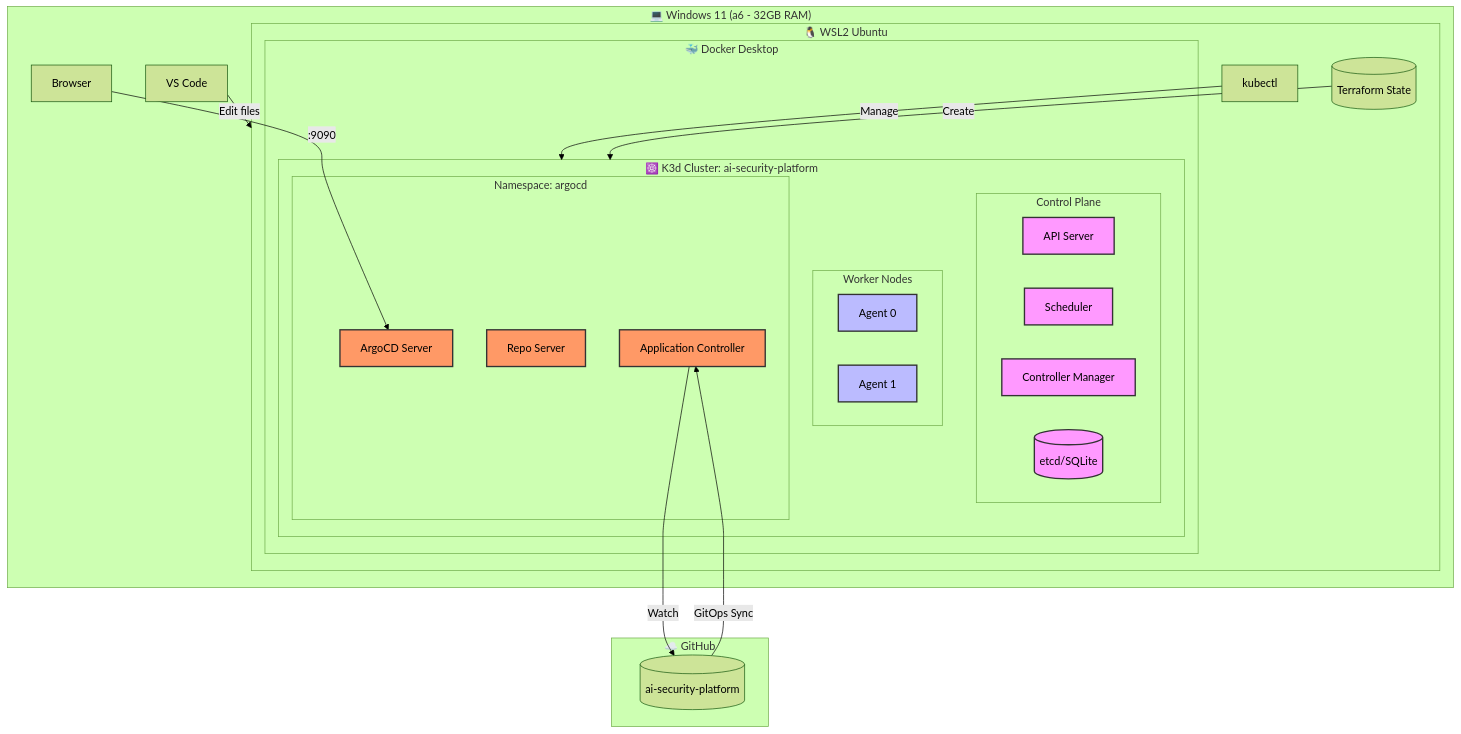
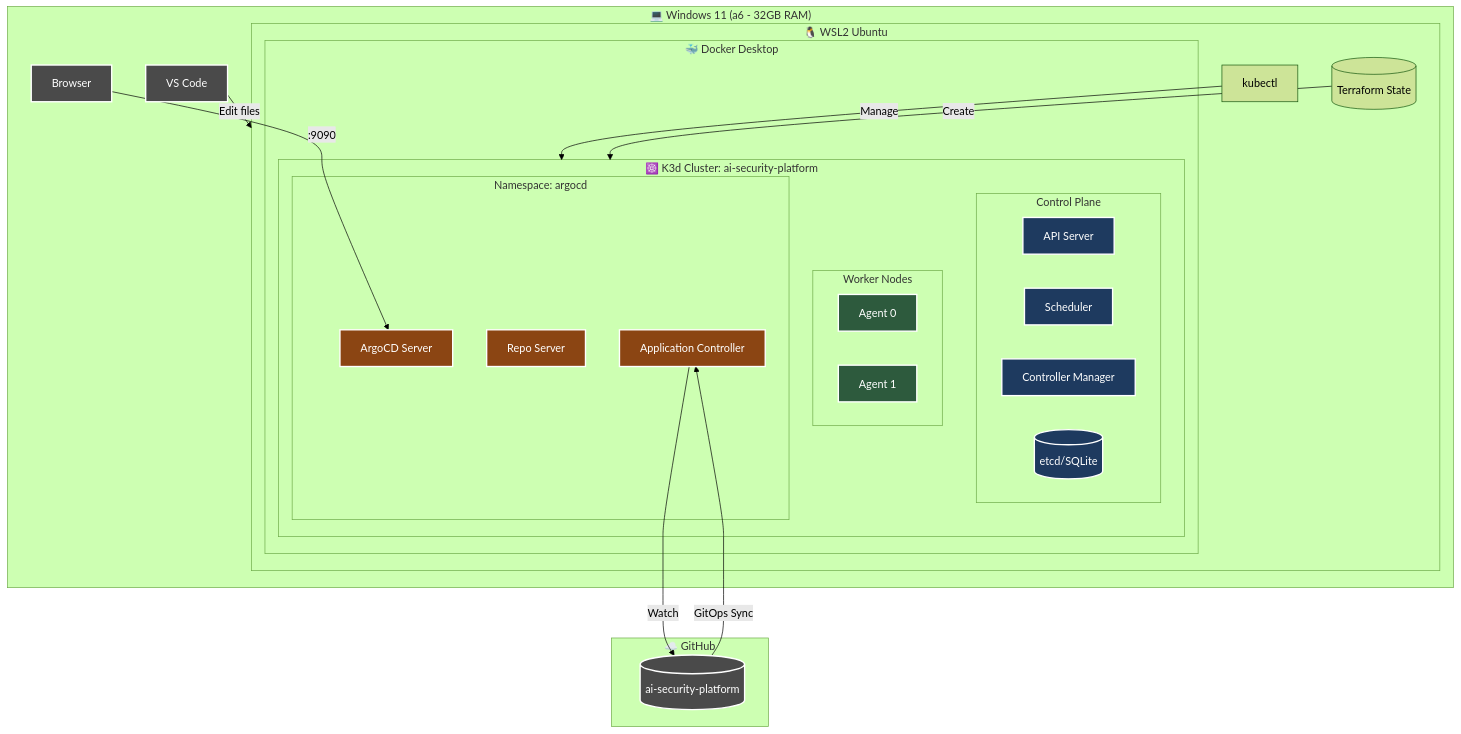
One commit to Z3ROX-lab/ai-security-platform changed the first of 4 diagrams in docs/phases/phase-01/ARCHITECTURE.md. Above: the diagram before and after it, drawn with Mermaid (forest theme). The commit also changed other lines of this file, not shown here.

Commit message:
docs: Add Phase 1 architecture diagrams (Mermaid)

````diff
--- a/docs/phases/phase-01/ARCHITECTURE.md
+++ b/docs/phases/phase-01/ARCHITECTURE.md
@@ -4,57 +4,59 @@
 ```mermaid
 flowchart TB
     subgraph WINDOWS["💻 Windows 11 (a6 - 32GB RAM)"]
         subgraph WSL2["🐧 WSL2 Ubuntu"]
             subgraph DOCKER["🐳 Docker Desktop"]
                 subgraph K3D["☸️ K3d Cluster: ai-security-platform"]
                     
                     subgraph CONTROL["Control Plane"]
                         API[API Server]
                         SCHED[Scheduler]
                         CTRL[Controller Manager]
                         ETCD[(etcd/SQLite)]
                     end
                     
                     subgraph WORKERS["Worker Nodes"]
                         AGENT0[Agent 0]
                         AGENT1[Agent 1]
                     end
                     
                     subgraph ARGOCD_NS["Namespace: argocd"]
                         ARGO_SERVER[ArgoCD Server]
                         ARGO_REPO[Repo Server]
                         ARGO_CTRL[Application Controller]
                     end
                     
                 end
             end
             
             TERRAFORM[("Terraform State")]
             KUBECTL[kubectl]
         end
         
         VSCODE[VS Code]
         BROWSER[Browser]
     end
     
     subgraph GITHUB["☁️ GitHub"]
         REPO[(ai-security-platform)]
     end
     
     %% Connections
     VSCODE -->|Edit files| WSL2
     KUBECTL -->|Manage| K3D
     TERRAFORM -->|Create| K3D
     BROWSER -->|":9090"| ARGO_SERVER
     ARGO_CTRL -->|Watch| REPO
     REPO -->|GitOps Sync| ARGO_CTRL
     
-    %% Styling
-    classDef control fill:#f9f,stroke:#333,stroke-width:2px
-    classDef worker fill:#bbf,stroke:#333,stroke-width:2px
-    classDef argocd fill:#f96,stroke:#333,stroke-width:2px
+    %% Styling - High Contrast
+    classDef control fill:#1e3a5f,stroke:#fff,stroke-width:2px,color:#fff
+    classDef worker fill:#2d5a3d,stroke:#fff,stroke-width:2px,color:#fff
+    classDef argocd fill:#8b4513,stroke:#fff,stroke-width:2px,color:#fff
+    classDef external fill:#4a4a4a,stroke:#fff,stroke-width:2px,color:#fff
     
     class API,SCHED,CTRL,ETCD control
     class AGENT0,AGENT1 worker
     class ARGO_SERVER,ARGO_REPO,ARGO_CTRL argocd
+    class REPO,VSCODE,BROWSER external
 ```
````
